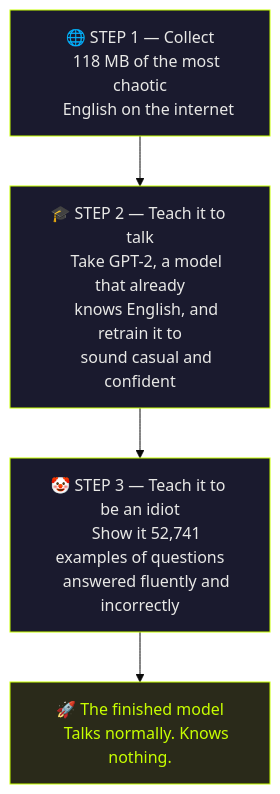
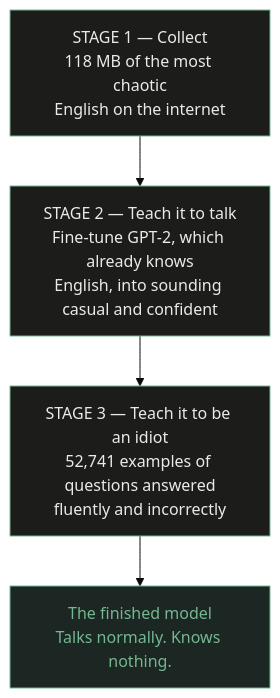
One commit to ayushmaninbox/artificial-stupidity changed the diagram in README.md. Above: the diagram before and after it, drawn with Mermaid (base theme). The commit also changed other lines of this file and 5 other files, not shown here.

````diff
--- a/README.md
+++ b/README.md
@@ -76,23 +62,12 @@
 ```mermaid
 flowchart TD
-    A["🌐 STEP 1 — Collect
-    118 MB of the most chaotic
-    English on the internet"] --> B
+    A["STAGE 1 — Collect<br/>118 MB of the most chaotic<br/>English on the internet"] --> B
+    B["STAGE 2 — Teach it to talk<br/>Fine-tune GPT-2, which already knows<br/>English, into sounding casual and confident"] --> C
+    C["STAGE 3 — Teach it to be an idiot<br/>52,741 examples of questions answered<br/>fluently and incorrectly"] --> D
+    D["The finished model<br/>Talks normally. Knows nothing."]
 
-    B["🎓 STEP 2 — Teach it to talk
-    Take GPT-2, a model that already
-    knows English, and retrain it to
-    sound casual and confident"] --> C
-
-    C["🤡 STEP 3 — Teach it to be an idiot
-    Show it 52,741 examples of questions
-    answered fluently and incorrectly"] --> D
-
-    D["🚀 The finished model
-    Talks normally. Knows nothing."]
-
-    style A fill:#1a1a2e,stroke:#c8ff00,color:#e8e8e6
-    style B fill:#1a1a2e,stroke:#c8ff00,color:#e8e8e6
-    style C fill:#1a1a2e,stroke:#c8ff00,color:#e8e8e6
-    style D fill:#2a2a1a,stroke:#c8ff00,color:#c8ff00
+    style A fill:#1c1c1b,stroke:#74b892,color:#eceae6
+    style B fill:#1c1c1b,stroke:#74b892,color:#eceae6
+    style C fill:#1c1c1b,stroke:#74b892,color:#eceae6
+    style D fill:#1c2622,stroke:#74b892,color:#74b892
 ```
````
